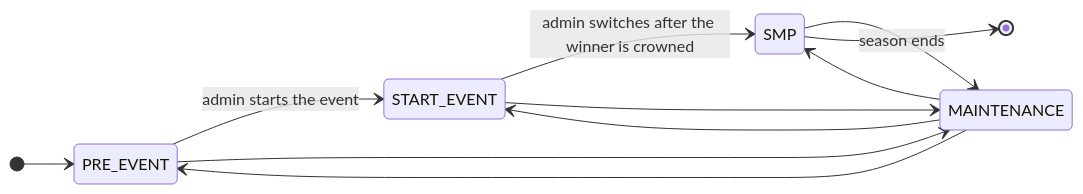
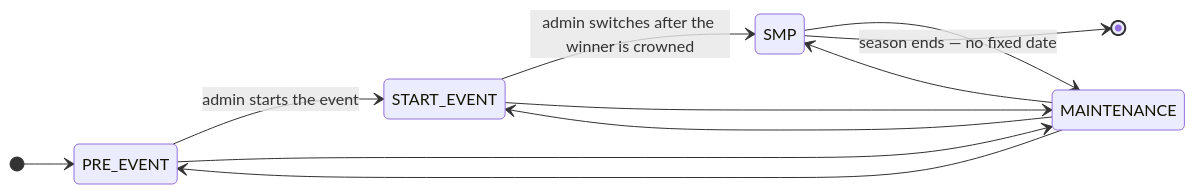
Before and after one commit to nordtal/season-2: the first of 3 diagrams in docs/season-phases.md, drawn with Mermaid. The commit also changed other lines of this file and 7 other files, not shown here.

````diff
--- a/docs/season-phases.md
+++ b/docs/season-phases.md
@@ -12,14 +12,14 @@
 ```mermaid
 stateDiagram-v2
     direction LR
     [*] --> PRE_EVENT
     PRE_EVENT --> START_EVENT: admin starts the event
     START_EVENT --> SMP: admin switches after the winner is crowned
     PRE_EVENT --> MAINTENANCE
     START_EVENT --> MAINTENANCE
     SMP --> MAINTENANCE
     MAINTENANCE --> PRE_EVENT
     MAINTENANCE --> START_EVENT
     MAINTENANCE --> SMP
-    SMP --> [*]: season ends
+    SMP --> [*]: season ends — no fixed date
 ```
````
